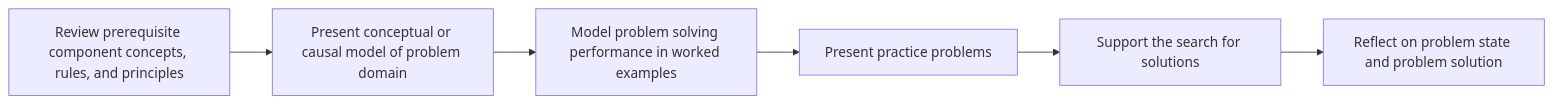
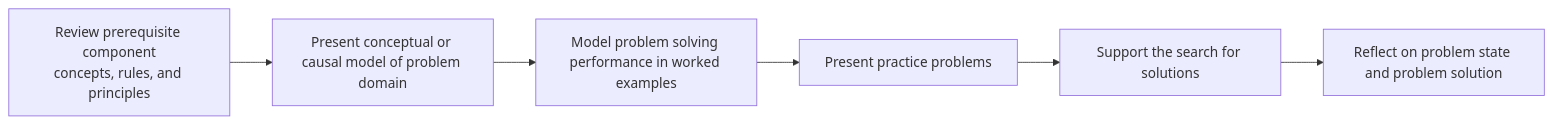
One commit to Standards-and-Practices/Structured-Rapid-Development changed the diagram in experiences/problems/WellStructuredProblem.md. Above: the diagram before and after it, drawn with Mermaid.

Commit message:
Test wrap

````diff
--- a/experiences/problems/WellStructuredProblem.md
+++ b/experiences/problems/WellStructuredProblem.md
@@ -5,8 +5,8 @@
 ```mermaid
   flowchart LR;
-      A[Review prerequisite component concepts, rules, and principles]-->B[Present conceptual or causal model of problem domain];
+      A[Review prerequisite component<br/>concepts, rules, and principles]-->B[Present conceptual or causal model of problem domain];
       B[Present conceptual or causal model of problem domain]-->C[Model problem solving performance in worked examples];
       C[Model problem solving performance in worked examples]-->D[Present practice problems];
       D[Present practice problems]-->E[Support the search for solutions];
       E[Support the search for solutions]-->F[Reflect on problem state and problem solution];
 ```
````
